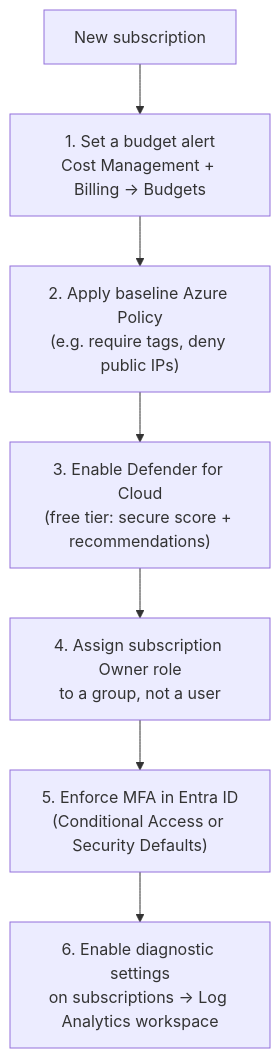
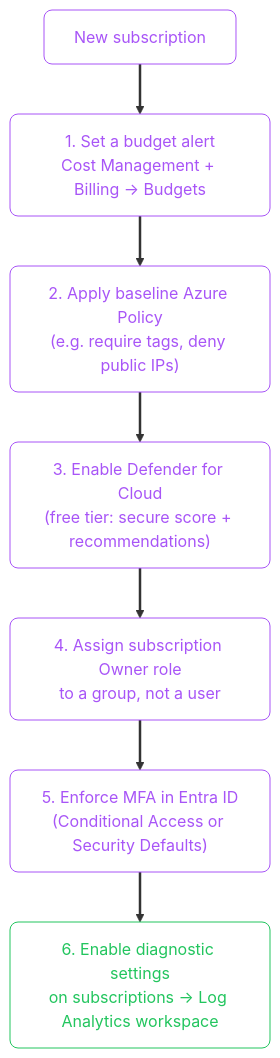
One commit to zafarale/cloudification changed the sixth of 6 diagrams in src/content/cloud/azure/01-intro.mdx. Above: the diagram before and after it, drawn with Mermaid. The commit also changed other lines of this file and 84 other files, not shown here.

````diff
--- a/src/content/cloud/azure/01-intro.mdx
+++ b/src/content/cloud/azure/01-intro.mdx
@@ -224,12 +255,18 @@
 ```mermaid
 flowchart TD
-    SUB["New subscription"]
-    BUDGET["1. Set a budget alert\nCost Management + Billing → Budgets"]
-    POLICY["2. Apply baseline Azure Policy\n(e.g. require tags, deny public IPs)"]
-    DEFENDER["3. Enable Defender for Cloud\n(free tier: secure score + recommendations)"]
-    ADMIN["4. Assign subscription Owner role\nto a group, not a user"]
-    MFA_ENF["5. Enforce MFA in Entra ID\n(Conditional Access or Security Defaults)"]
-    DIAG["6. Enable diagnostic settings\non subscriptions → Log Analytics workspace"]
+    accTitle: Subscription Bootstrap: Your First Actions
+    accDescr: Flowchart (td) showing New subscription, 1. Set a budget alert Cost Management Billing Budgets, e.g. require tags, deny public IPs
+    classDef step fill:none,stroke:#a855f7,color:#a855f7,rx:8,ry:8
+    classDef ok   fill:none,stroke:#22c55e,color:#22c55e,rx:8,ry:8
+    linkStyle default stroke-width:2.5px
+
+    SUB["New subscription"]:::step
+    BUDGET["1. Set a budget alert<br/>Cost Management + Billing → Budgets"]:::step
+    POLICY["2. Apply baseline Azure Policy<br/>(e.g. require tags, deny public IPs)"]:::step
+    DEFENDER["3. Enable Defender for Cloud<br/>(free tier: secure score + recommendations)"]:::step
+    ADMIN["4. Assign subscription Owner role<br/>to a group, not a user"]:::step
+    MFA_ENF["5. Enforce MFA in Entra ID<br/>(Conditional Access or Security Defaults)"]:::step
+    DIAG["6. Enable diagnostic settings<br/>on subscriptions → Log Analytics workspace"]:::ok
 
     SUB --> BUDGET --> POLICY --> DEFENDER --> ADMIN --> MFA_ENF --> DIAG
 ```
````
